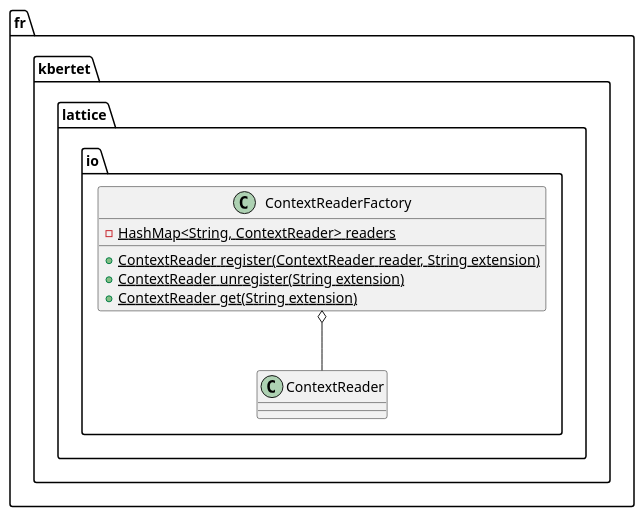
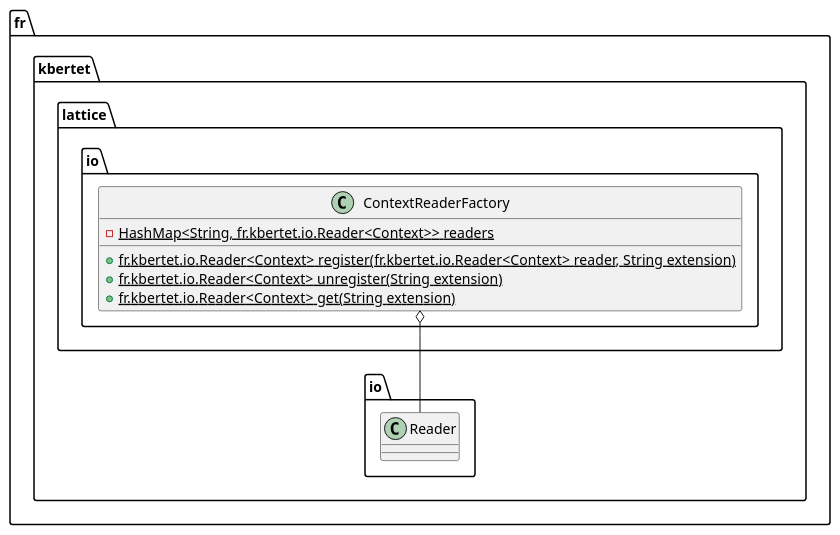
One commit to thegalactic/java-lattices changed the diagram in src/main/javadoc/resources/fr/kbertet/context/io/ContextReaderFactory.iuml. Above: the diagram before and after it, drawn with PlantUML. The commit also changed 28 other files, not shown here.

```diff
--- a/src/main/javadoc/resources/fr/kbertet/context/io/ContextReaderFactory.iuml
+++ b/src/main/javadoc/resources/fr/kbertet/context/io/ContextReaderFactory.iuml
@@ -1,10 +1,10 @@
 package fr.kbertet.lattice.io {
     class ContextReaderFactory {
-    	-{static}HashMap<String, ContextReader> readers
-        +{static}ContextReader register(ContextReader reader, String extension)
-        +{static}ContextReader unregister(String extension)
-        +{static}ContextReader get(String extension)
+    	-{static}HashMap<String, fr.kbertet.io.Reader<Context>> readers
+        +{static}fr.kbertet.io.Reader<Context> register(fr.kbertet.io.Reader<Context> reader, String extension)
+        +{static}fr.kbertet.io.Reader<Context> unregister(String extension)
+        +{static}fr.kbertet.io.Reader<Context> get(String extension)
     }
 
-    ContextReaderFactory o-- ContextReader
+    ContextReaderFactory o-- fr.kbertet.io.Reader
 }
```
